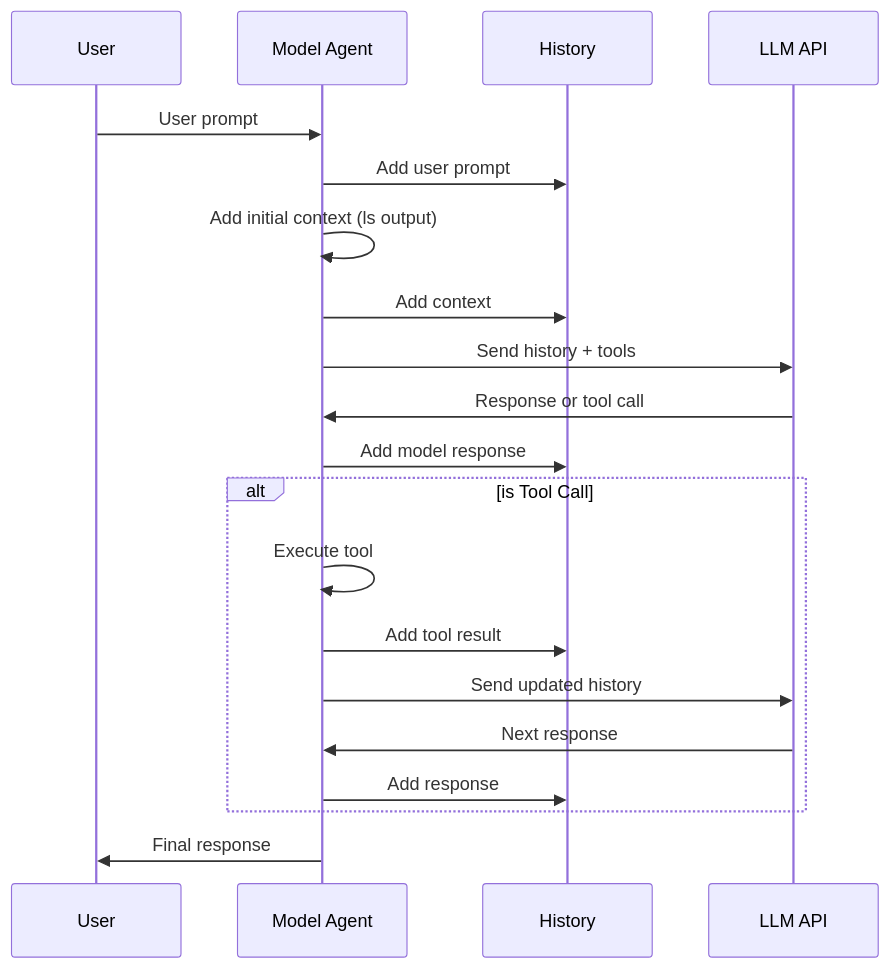
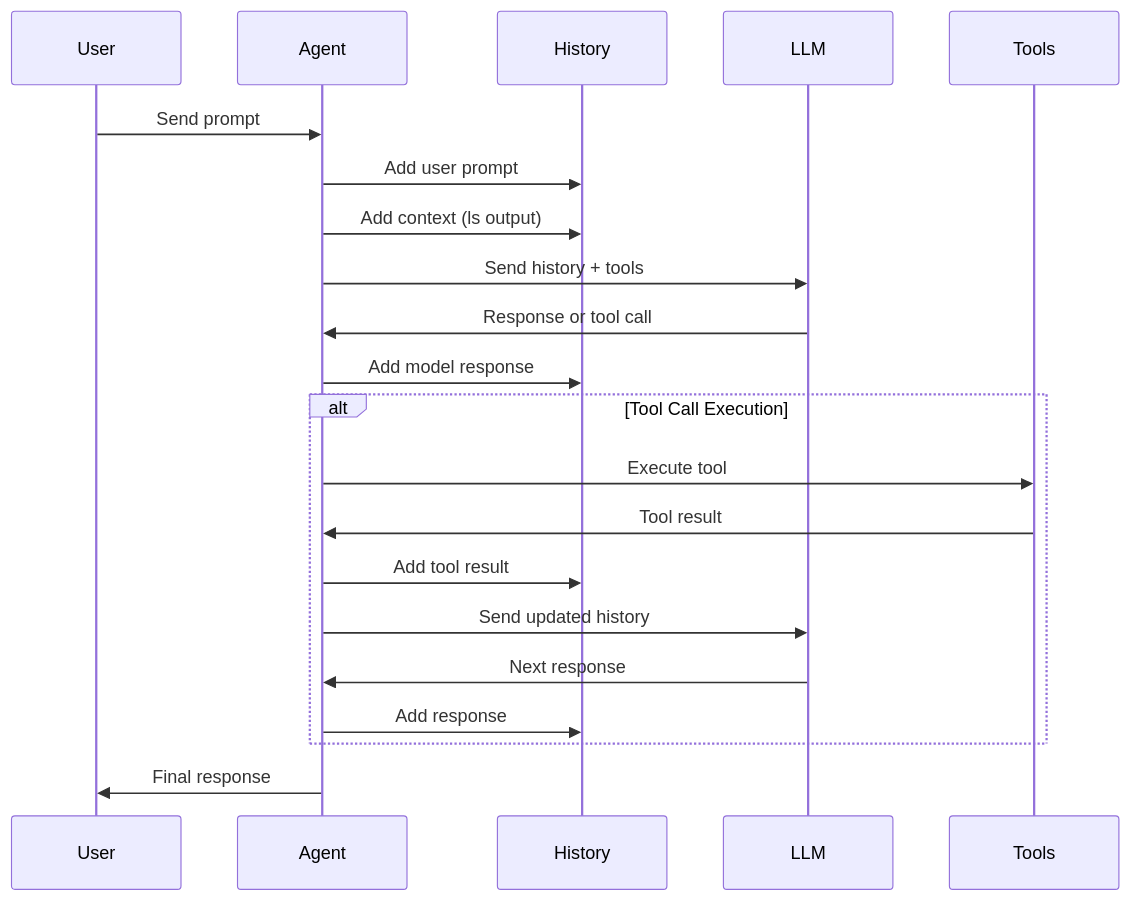
The seventh of 8 diagrams in docs/architecture.md (BlueCentre/cli-code), drawn with Mermaid before and after one commit. The commit also changed other lines of this file, not shown here.

Commit message:
docs: Fix section 8 diagrams for improved GitHub rendering

````diff
--- a/docs/architecture.md
+++ b/docs/architecture.md
@@ -247,25 +247,20 @@
 ```mermaid
 sequenceDiagram
-    participant U as User
-    participant A as Model Agent
-    participant H as History
-    participant LLM as LLM API
+    User->>Agent: Send prompt
+    Agent->>History: Add user prompt
+    Agent->>History: Add context (ls output)
+    Agent->>LLM: Send history + tools
+    LLM->>Agent: Response or tool call
+    Agent->>History: Add model response
     
-    U->>A: User prompt
-    A->>H: Add user prompt
-    A->>A: Add initial context (ls output)
-    A->>H: Add context
-    A->>LLM: Send history + tools
-    LLM->>A: Response or tool call
-    A->>H: Add model response
-    
-    alt is Tool Call
-        A->>A: Execute tool
-        A->>H: Add tool result
-        A->>LLM: Send updated history
-        LLM->>A: Next response
-        A->>H: Add response
+    alt Tool Call Execution
+        Agent->>Tools: Execute tool
+        Tools->>Agent: Tool result
+        Agent->>History: Add tool result
+        Agent->>LLM: Send updated history
+        LLM->>Agent: Next response
+        Agent->>History: Add response
     end
     
-    A->>U: Final response
+    Agent->>User: Final response
 ```
````
